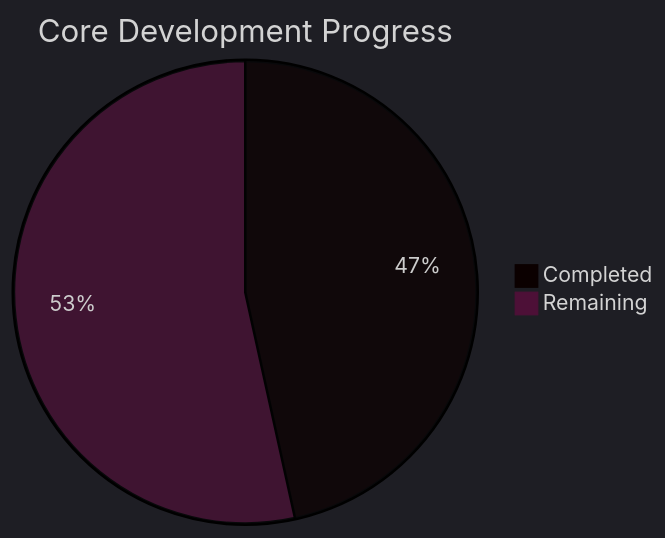
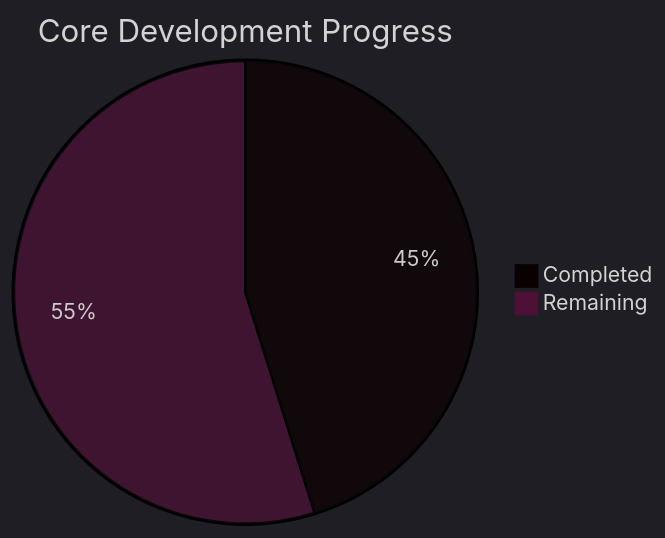
Before and after one commit to Neogleamz/SK8Lytz: the first of 5 diagrams in tools/SK8Lytz_Bucket_List.md, drawn with Mermaid. The commit also changed other lines of this file and 1 other file, not shown here.

````diff
--- a/tools/SK8Lytz_Bucket_List.md
+++ b/tools/SK8Lytz_Bucket_List.md
@@ -9,6 +9,6 @@
 ```mermaid
 %%{init: {'theme': 'dark'}}%%
 pie title Core Development Progress
-  "Completed" : 27
-  "Remaining" : 31
+  "Completed" : 28
+  "Remaining" : 34
 ```
````
